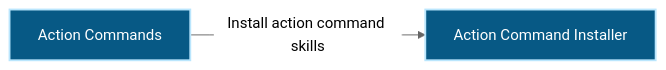
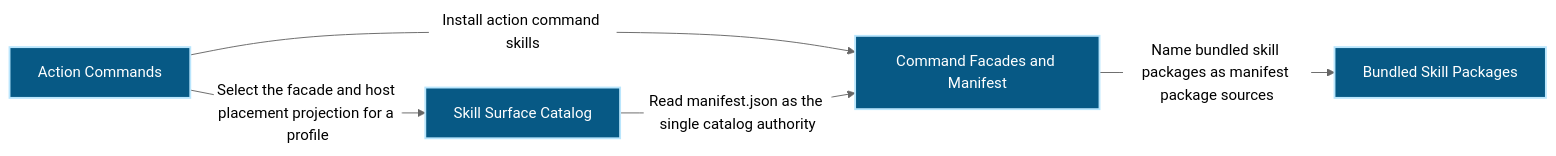
The first of 3 diagrams in docs/architecture/modules/public-surface/action-commands.md (Ancienttwo/repo-harness), drawn with Mermaid (neutral theme) before and after one commit. The commit also changed other lines of this file and 53 other files, not shown here.

````diff
--- a/docs/architecture/modules/public-surface/action-commands.md
+++ b/docs/architecture/modules/public-surface/action-commands.md
@@ -15,10 +15,15 @@
 ```mermaid
 flowchart LR
   p1_capability_public_surface_action_commands_26efab87["Action Commands"]:::component
-  p1_component_action_commands_primary_c9e77bd1["Action Command Installer"]:::component
+  p1_component_action_commands_bundled_skills_d9a66507["Bundled Skill Packages"]:::component
+  p1_component_action_commands_primary_c9e77bd1["Command Facades and Manifest"]:::component
+  p1_component_action_commands_skill_surface_catalog_a72c29bc["Skill Surface Catalog"]:::component
   p1_capability_public_surface_action_commands_26efab87 -->|"Install action command skills"| p1_component_action_commands_primary_c9e77bd1
+  p1_component_action_commands_primary_c9e77bd1 -->|"Name bundled skill packages as manifest package sources"| p1_component_action_commands_bundled_skills_d9a66507
+  p1_capability_public_surface_action_commands_26efab87 -->|"Select the facade and host placement projection for a profile"| p1_component_action_commands_skill_surface_catalog_a72c29bc
+  p1_component_action_commands_skill_surface_catalog_a72c29bc -->|"Read manifest.json as the single catalog authority"| p1_component_action_commands_primary_c9e77bd1
   classDef actor fill:#111827,color:#ffffff,stroke:#f9fafb,stroke-width:2px
   classDef component fill:#075985,color:#ffffff,stroke:#bae6fd,stroke-width:2px
   classDef datastore fill:#3f6212,color:#ffffff,stroke:#d9f99d,stroke-width:2px
   classDef external fill:#7c2d12,color:#ffffff,stroke:#fed7aa,stroke-width:2px
 ```
````
